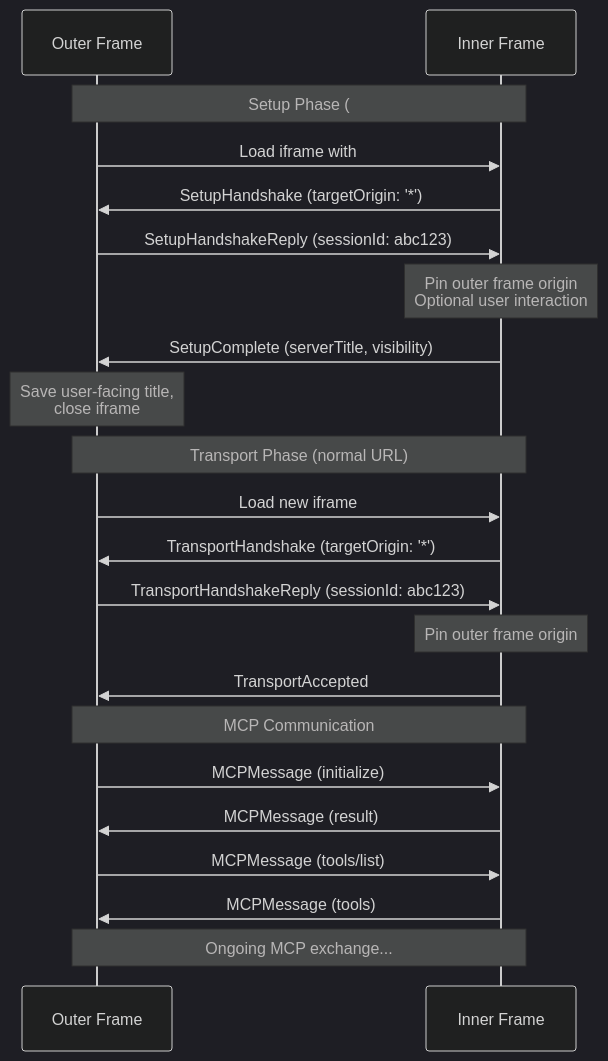
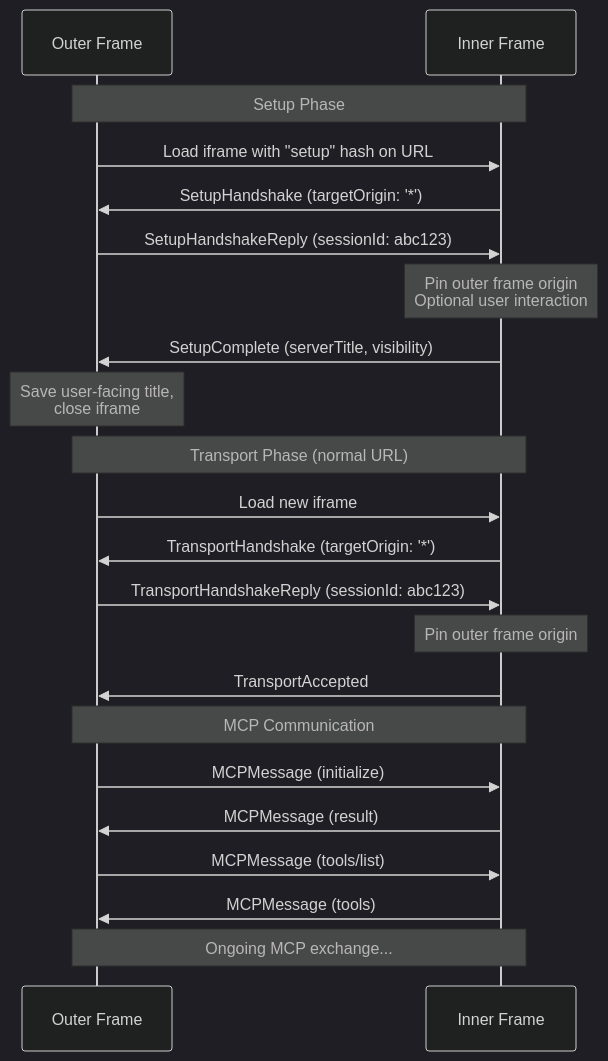
Before and after one commit to horner/mcp-postmessage: the diagram in src/protocol/README.md, drawn with Mermaid (dark theme).

Commit message:
Fix "#" bug in mermaid

````diff
--- a/src/protocol/README.md
+++ b/src/protocol/README.md
@@ -54,27 +54,27 @@
 ```mermaid
 sequenceDiagram
     participant OuterFrame as Outer Frame
     participant InnerFrame as Inner Frame
     
-    Note over OuterFrame,InnerFrame: Setup Phase (#setup URL)
-    OuterFrame->>InnerFrame: Load iframe with #setup
+    Note over OuterFrame,InnerFrame: Setup Phase
+    OuterFrame->>InnerFrame: Load iframe with "setup" hash on URL
     InnerFrame->>OuterFrame: SetupHandshake (targetOrigin: '*')
     OuterFrame->>InnerFrame: SetupHandshakeReply (sessionId: abc123)
     Note over InnerFrame: Pin outer frame origin<br/>Optional user interaction
     InnerFrame->>OuterFrame: SetupComplete (serverTitle, visibility)
     Note over OuterFrame: Save user-facing title,<br/>close iframe
     
     Note over OuterFrame,InnerFrame: Transport Phase (normal URL)  
     OuterFrame->>InnerFrame: Load new iframe
     InnerFrame->>OuterFrame: TransportHandshake (targetOrigin: '*')
     OuterFrame->>InnerFrame: TransportHandshakeReply (sessionId: abc123)
     Note over InnerFrame: Pin outer frame origin
     InnerFrame->>OuterFrame: TransportAccepted
     
     Note over OuterFrame,InnerFrame: MCP Communication
     OuterFrame->>InnerFrame: MCPMessage (initialize)
     InnerFrame->>OuterFrame: MCPMessage (result)
     OuterFrame->>InnerFrame: MCPMessage (tools/list)
     InnerFrame->>OuterFrame: MCPMessage (tools)
     Note over OuterFrame,InnerFrame: Ongoing MCP exchange...
 ```
````
